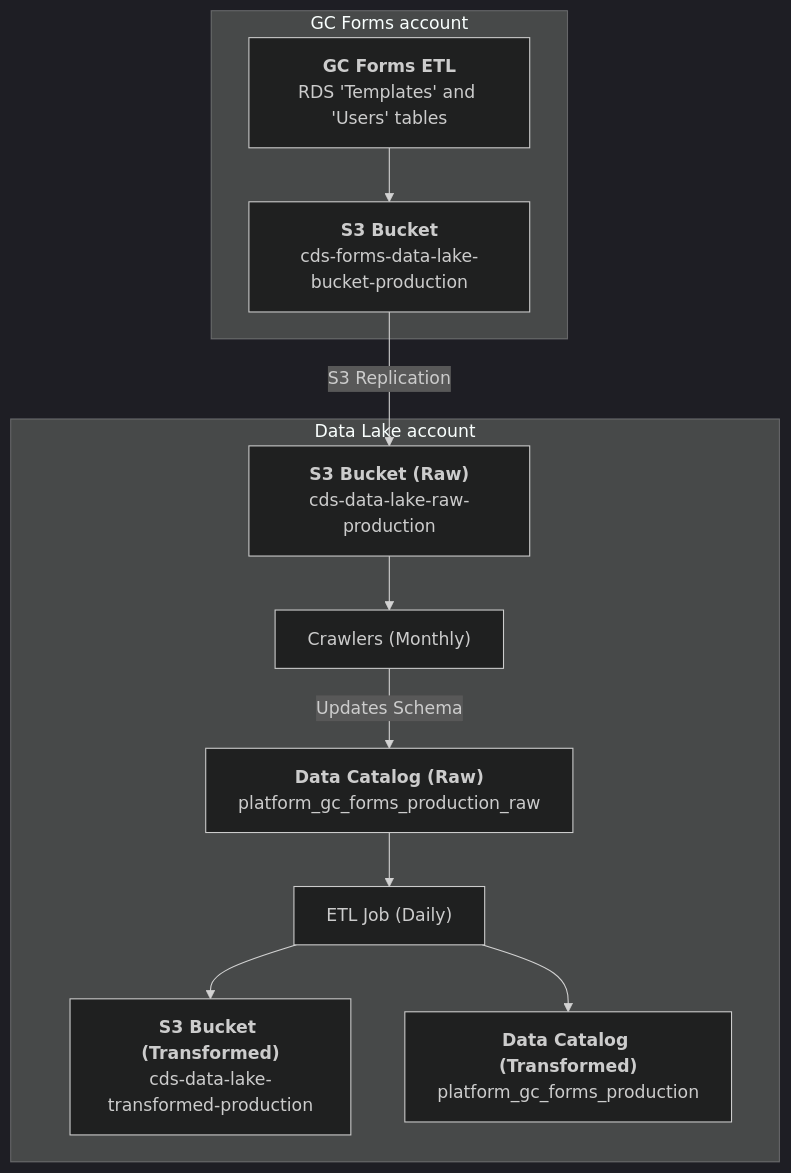
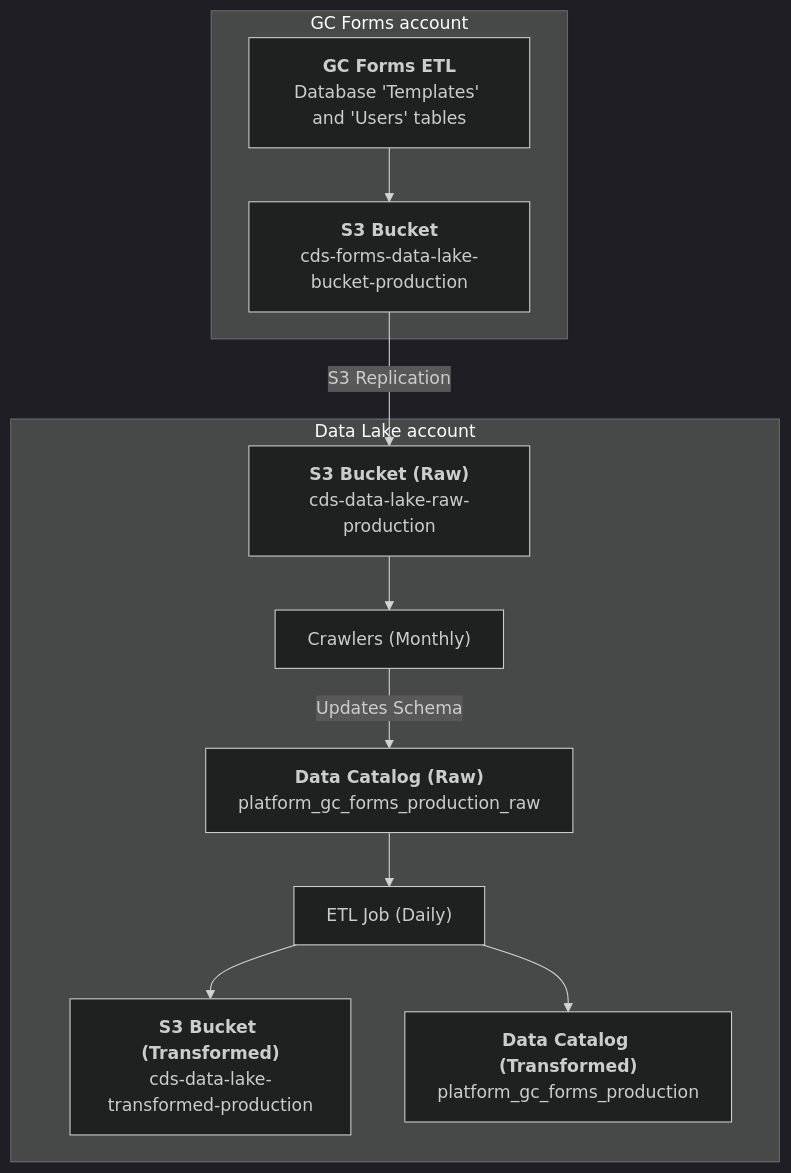
One commit to cds-snc/data-lake changed the diagram in docs/data/pipelines/platform/gc-forms/templates.md. Above: the diagram before and after it, drawn with Mermaid (dark theme). The commit also changed other lines of this file, not shown here.

Commit message:
fix: add missing glue tables

````diff
--- a/docs/data/pipelines/platform/gc-forms/templates.md
+++ b/docs/data/pipelines/platform/gc-forms/templates.md
@@ -37,31 +37,31 @@
 ```mermaid
 graph TD
     %% Source Systems
-    FormsETL["`**GC Forms ETL**<br/>RDS 'Templates' and 'Users' tables`"]
+    FormsETL["`**GC Forms ETL**<br/>Database 'Templates' and 'Users' tables`"]
     
     %% Storage
     FormsS3["`**S3 Bucket**<br/>cds-forms-data-lake-bucket-production`"]
     RawS3["`**S3 Bucket (Raw)**<br/>cds-data-lake-raw-production`"]
     TransS3["`**S3 Bucket (Transformed)**<br/>cds-data-lake-transformed-production`"]
     
     %% Processing
     Crawlers["Crawlers (Monthly)"]
     CatalogRaw["`**Data Catalog (Raw)**<br/>platform_gc_forms_production_raw`"]
     CatalogTransformed["`**Data Catalog (Transformed)**<br/>platform_gc_forms_production`"]
     ETL["ETL Job (Daily)"]
 
     %% Flow
     subgraph org[GC Forms account]
         FormsETL --> FormsS3
     end
 
     FormsS3 --> |S3 Replication|RawS3
 
     subgraph datalake[Data Lake account]
         RawS3 --> Crawlers
         Crawlers --> |Updates Schema|CatalogRaw
         CatalogRaw --> ETL
         ETL --> TransS3
         ETL --> CatalogTransformed
     end
 ```
````
